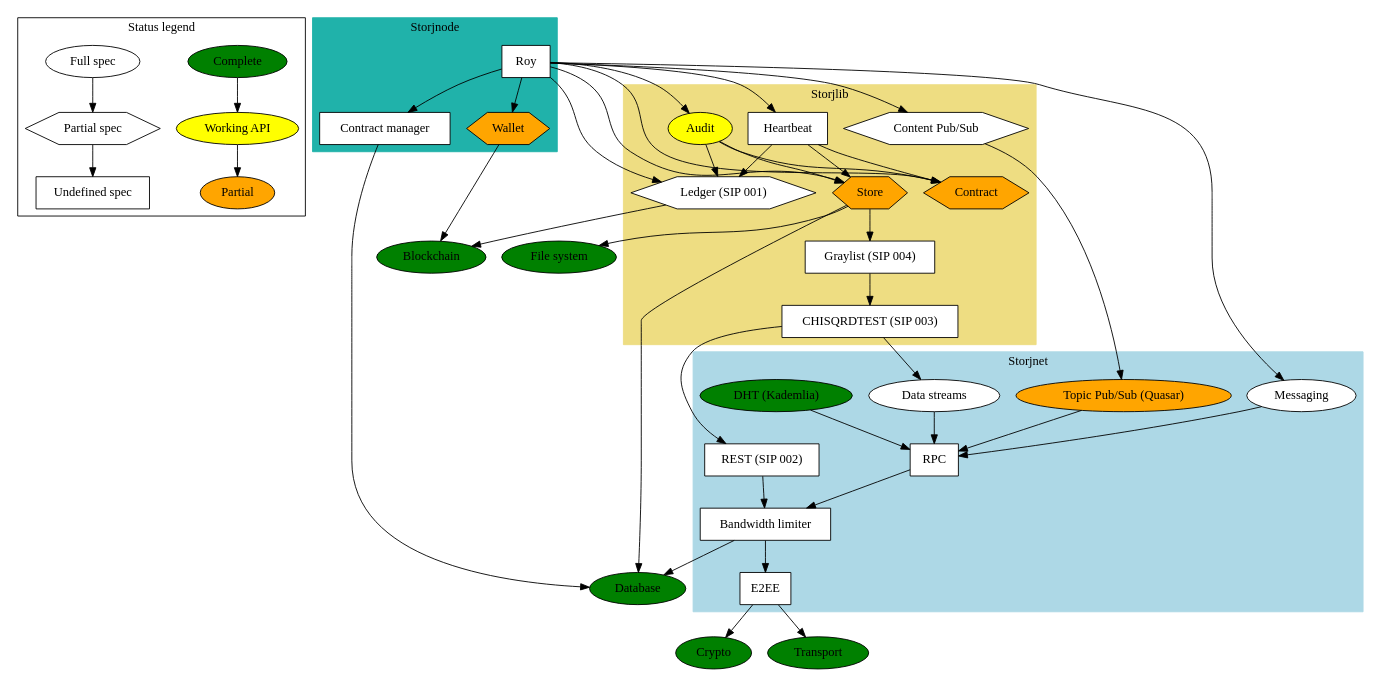
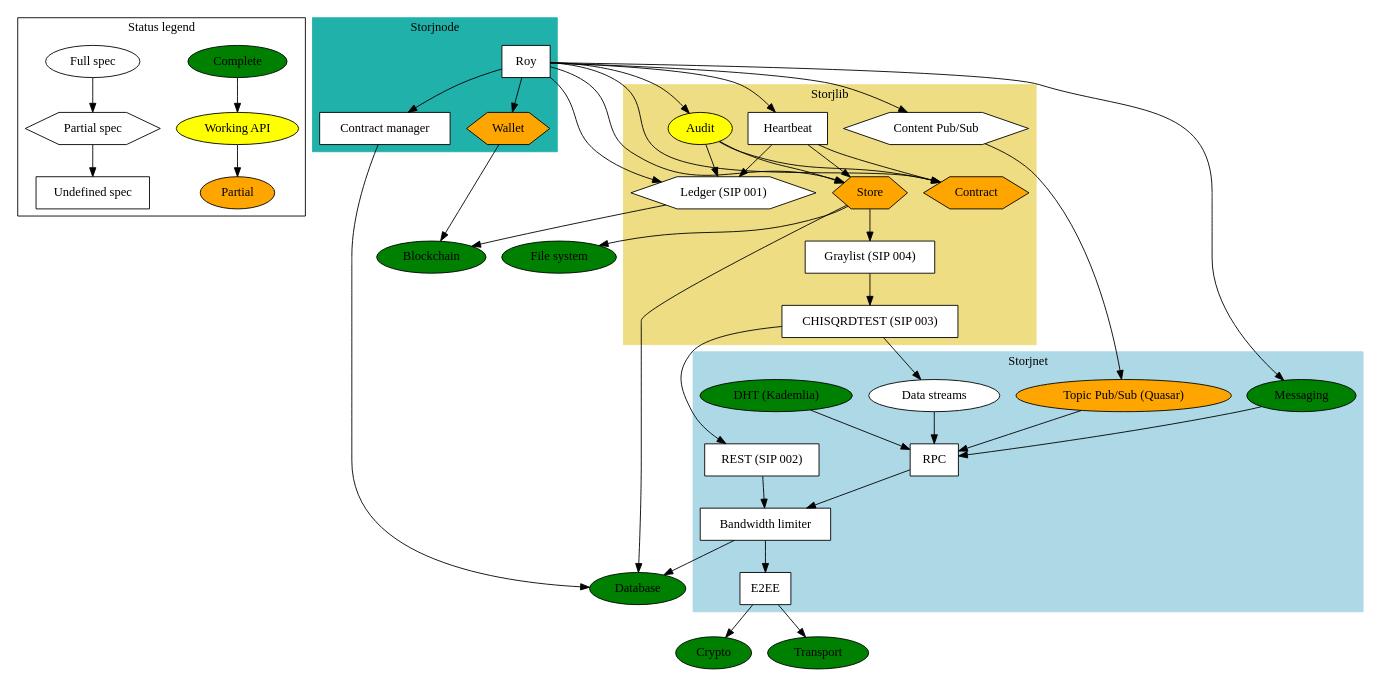
Before and after one commit to StorjOld/storjspec: the diagram in status.dot, drawn with Graphviz. The commit also changed 1 other file, not shown here.

Commit message:
fixed status graph

```diff
--- a/status.dot
+++ b/status.dot
@@ -1,109 +1,109 @@
 // syntax guide: http://www.graphviz.org/pdf/dotguide.pdf
 // compile png: `dot -Tpng status.dot -o status.png`
 // compile pdf: `dot -Tpdf status.dot -o status.pdf`
 
 
 digraph G {
     node [shape="box", style="filled", color="black", fillcolor="white"];
 
     // LEGEND
     subgraph cluster_0 {
         label = "Status legend";
 
         "Complete" [fillcolor=green, shape=ellipse];
         "Working API" [fillcolor=yellow, shape=ellipse];
         "Partial" [fillcolor=orange, shape=ellipse];
 
         "Full spec" [shape=ellipse];
         "Partial spec" [shape=hexagon];
         "Undefined spec" [shape=box];
     };
     "Complete" -> "Working API" -> "Partial";
     "Full spec" -> "Partial spec" -> "Undefined spec";
 
 
     // STORJNET
     subgraph cluster_1 {
         label = "Storjnet";
         style=filled;
         color=lightblue;
 
         "DHT (Kademlia)" [fillcolor=green, shape=ellipse];
         "Topic Pub/Sub (Quasar)" [fillcolor=orange, shape=ellipse]; // enable publishing and subscribing to events
         "Data streams" [shape=ellipse]; // full duplex data transfer
-        "Messaging" [shape=green, shape=ellipse]; // to shortcut the pubsub after peer found
+        "Messaging" [fillcolor=green, shape=ellipse]; // to shortcut the pubsub after peer found
         "RPC"; // rpc calls and data transfer between clients
         "E2EE"; // End-to-end encryption
         "Bandwidth limiter";
         "REST (SIP 002)"; // put/get shards
     };
     "DHT (Kademlia)" -> "RPC";
     "Topic Pub/Sub (Quasar)" -> "RPC";
     "Messaging" -> "RPC";
     "Data streams" -> "RPC";
     "RPC" -> "Bandwidth limiter";
     "REST (SIP 002)" -> "Bandwidth limiter";
     "Bandwidth limiter" -> "E2EE";
     "E2EE" -> "Crypto";
     "E2EE" -> "Transport";
     "Bandwidth limiter" -> "Database";
 
     // STORJLIB
     subgraph cluster_2 {
         label = "Storjlib";
         style=filled;
         color=lightgoldenrod;
 
         "Contract" [fillcolor=orange, shape=hexagon]; // terms of a storage contract between peers
         "Audit" [fillcolor=yellow, shape=ellipse]; // track state of a contract over time
         "Store" [fillcolor=orange, shape=hexagon];
         "Heartbeat";
         "Ledger (SIP 001)" [shape=hexagon];
         "Graylist (SIP 004)";
         "CHISQRDTEST (SIP 003)";
         "Content Pub/Sub" [shape=hexagon]; // enable publishing and subscribing to events
     };
     "Content Pub/Sub" -> "Topic Pub/Sub (Quasar)";
     "Audit" -> "Contract"; // when/how to perform the audit
     "Audit" -> "Store"; // perform audit challange
     "Audit" -> "Ledger (SIP 001)"; // save result in ledger
     "Heartbeat" -> "Contract";
     "Heartbeat" -> "Store"; // perform heartbeat challange
     "Heartbeat" -> "Ledger (SIP 001)"; // save result in ledger
     "Store" -> "File system";
     "Store" -> "Graylist (SIP 004)";
     "Store" -> "Database";
     "Ledger (SIP 001)" -> "Blockchain";
     "Graylist (SIP 004)" -> "CHISQRDTEST (SIP 003)";
     "CHISQRDTEST (SIP 003)" -> "Data streams";
     "CHISQRDTEST (SIP 003)" -> "REST (SIP 002)";
 
     // STORJNODE
     subgraph cluster_3 {
         label = "Storjnode";
         style=filled;
         color=lightseagreen;
 
         "Roy"; // for sending/receiving of funds for services used 
         "Wallet" [fillcolor=orange, shape=hexagon];
         "Contract manager"; // Store contracts
     };
     "Roy" -> "Contract manager";
     "Contract manager" -> "Database";
     "Wallet" -> "Blockchain";
     "Roy" -> "Content Pub/Sub"; // ask/bid on contracts
     "Roy" -> "Messaging";
     "Roy" -> "Audit"; // perform audits
     "Roy" -> "Contract"; // verify agreed to use/provide a service
     "Roy" -> "Heartbeat";
     "Roy" -> "Ledger (SIP 001)"; // verify service was used/provided
     "Roy" -> "Wallet"; // transfer funds
     "Roy" -> "Store";
 
     // EXTERNAL
     "File system" [fillcolor=green, shape=ellipse];
     "Crypto" [fillcolor=green, shape=ellipse];
     "Database" [fillcolor=green, shape=ellipse];
     "Blockchain" [fillcolor=green, shape=ellipse];
     "Transport" [fillcolor=green, shape=ellipse];
 }
```
